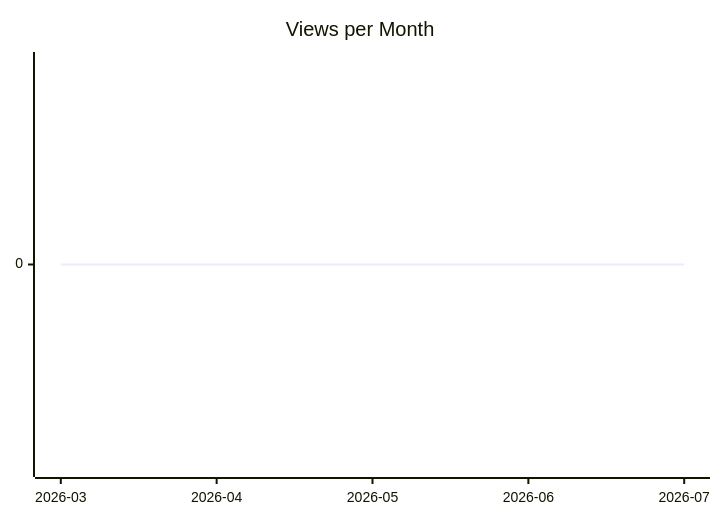
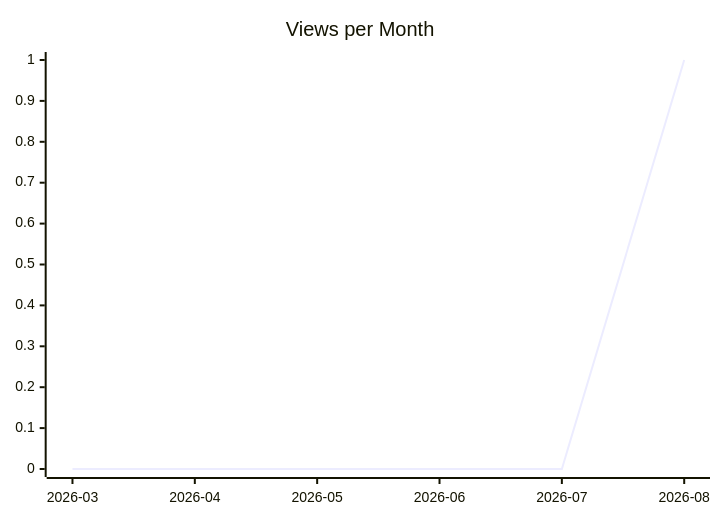
Before and after one commit to justdavis-family/github-analytics-data: the second of 3 diagrams in karlmdavis/ansible-role-acmetool/README.md, drawn with Mermaid. The commit also changed other lines of this file and 180 other files, not shown here.

````diff
--- a/karlmdavis/ansible-role-acmetool/README.md
+++ b/karlmdavis/ansible-role-acmetool/README.md
@@ -12,6 +12,6 @@
 ```mermaid
 xychart-beta
   title "Views per Month"
-  x-axis ["2026-03", "2026-04", "2026-05", "2026-06", "2026-07"]
-  line [0, 0, 0, 0, 0]
+  x-axis ["2026-03", "2026-04", "2026-05", "2026-06", "2026-07", "2026-08"]
+  line [0, 0, 0, 0, 0, 1]
 ```
````
